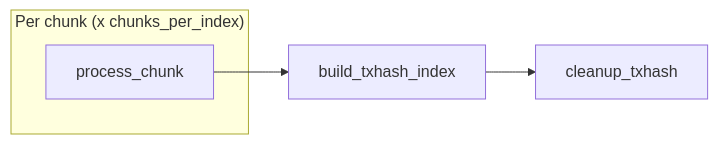
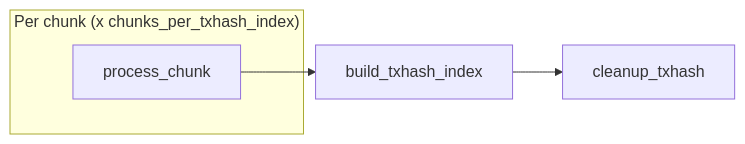
Before and after one commit to stellar/stellar-rpc: the first of 2 diagrams in full-history/design-docs/03-backfill-workflow.md, drawn with Mermaid. The commit also changed other lines of this file and 34 other files, not shown here.

Commit message:
refactor: align with PR #617 review — index:%010d:txhash key, chunks_per_txhash_index config

````diff
--- a/full-history/design-docs/03-backfill-workflow.md
+++ b/full-history/design-docs/03-backfill-workflow.md
@@ -81,8 +81,8 @@
 ```mermaid
 flowchart LR
-    subgraph "Per chunk (x chunks_per_index)"
+    subgraph "Per chunk (x chunks_per_txhash_index)"
         PC["process_chunk"]
     end
     PC --> BTI["build_txhash_index"]
     BTI --> CT["cleanup_txhash"]
 ```
````
